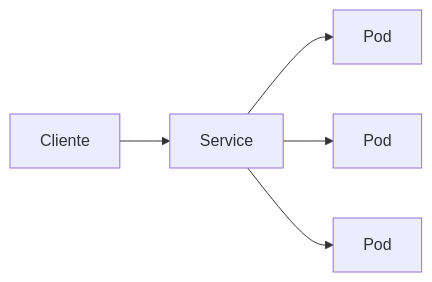
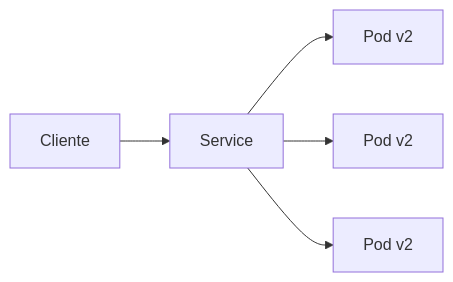
One commit to ieftraining/curso-openshift changed the second of 9 diagrams in docs/sesion2/2.2 Exponer aplicaciones.md. Above: the diagram before and after it, drawn with Mermaid. The commit also changed other lines of this file, not shown here.

````diff
--- a/docs/sesion2/2.2 Exponer aplicaciones.md
+++ b/docs/sesion2/2.2 Exponer aplicaciones.md
@@ -59,11 +63,11 @@
 ```mermaid
 flowchart LR
     C[Cliente]
     S[Service]
 
-    S --> P1[Pod]
-    S --> P2[Pod]
-    S --> P3[Pod]
+    S --> P1[Pod v2]
+    S --> P2[Pod v2]
+    S --> P3[Pod v2]
 
     C --> S
 ```
````
